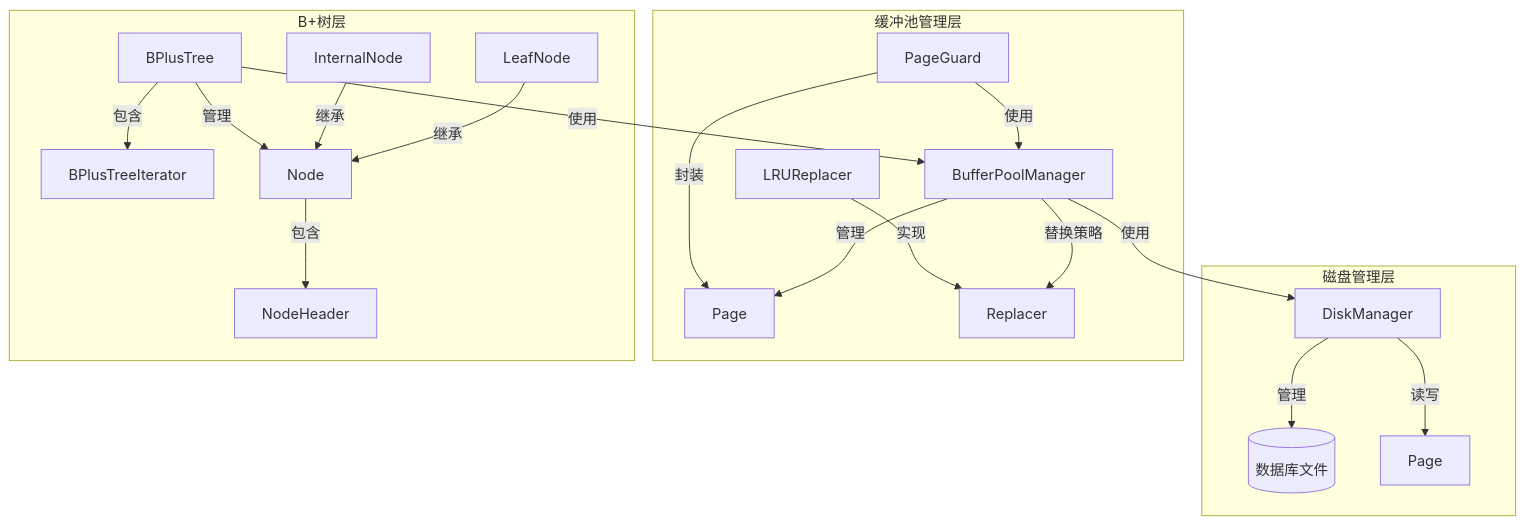
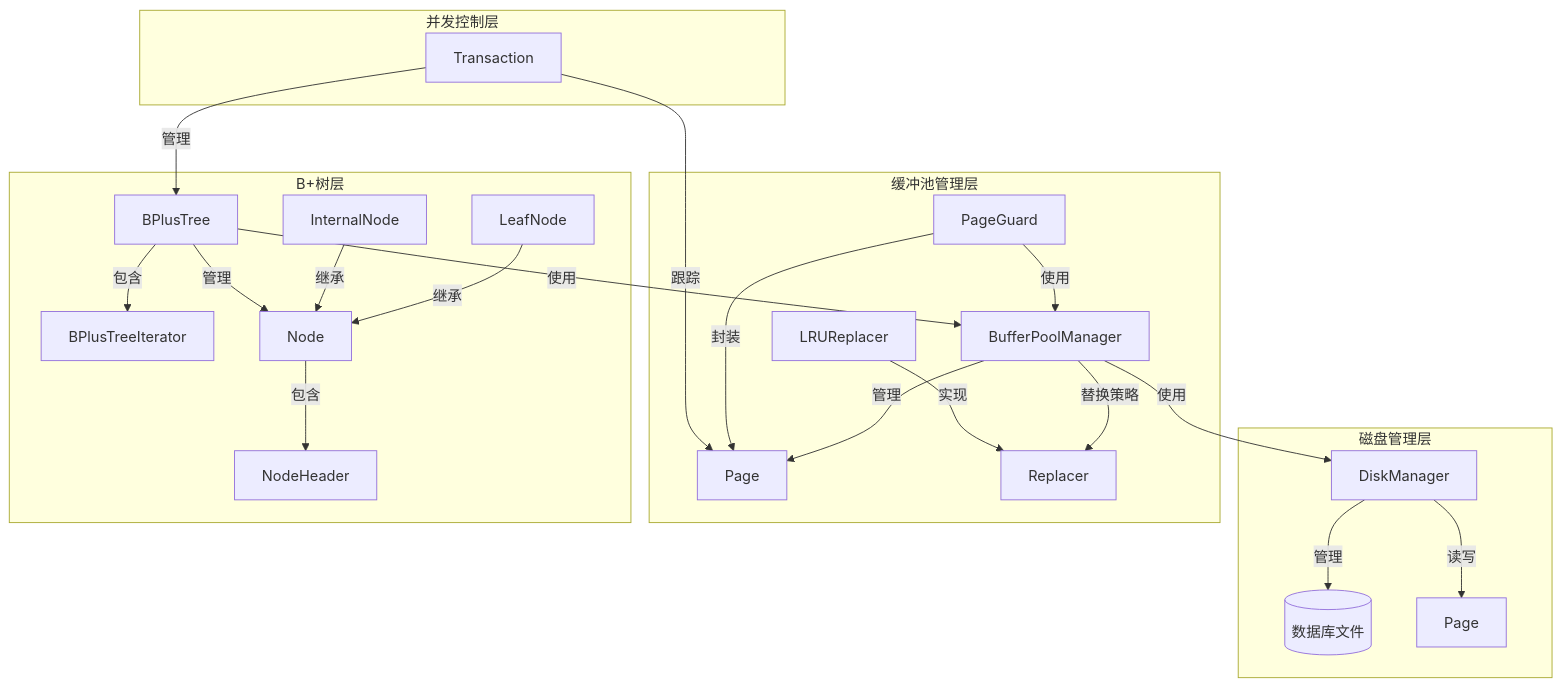
The first of 2 diagrams in doc/类图.md (870255728/bptree), drawn with Mermaid before and after one commit. The commit also changed other lines of this file and 16 other files, not shown here.

````diff
--- a/doc/类图.md
+++ b/doc/类图.md
@@ -1,31 +5,32 @@
 ```mermaid
 graph TD
     subgraph 磁盘管理层
         DM[DiskManager] -- 管理 --> File[(数据库文件)]
         DM -- 读写 --> P1[Page]
     end
 
     subgraph 缓冲池管理层
         BPM[BufferPoolManager] -- 管理 --> P2[Page]
         BPM -- 替换策略 --> Replacer
         BPM -- 使用 --> DM
         LRUReplacer -- 实现 --> Replacer
         Guard[PageGuard] -- 封装 --> P2
         Guard -- 使用 --> BPM
     end
 
     subgraph B+树层
         BPT["BPlusTree<K,V,Comp>"]
         Iter["BPlusTreeIterator"]
         N["Node<K,V,Comp>"] -- 包含 --> NH["NodeHeader"]
         Leaf["LeafNode<K,V,Comp>"] -- 继承 --> N
         Internal["InternalNode<K,V,Comp>"] -- 继承 --> N
         BPT -- 使用 --> BPM
         BPT -- 包含 --> Iter
         BPT -- 管理 --> N
     end
 
-%%    classDef default fill:#1f2020,stroke:#333,stroke-width:2px;
-
-
+    subgraph 并发控制层
+        TXN[Transaction] -- 管理 --> BPT
+        TXN -- 跟踪 --> P2
+    end
 ```
````
